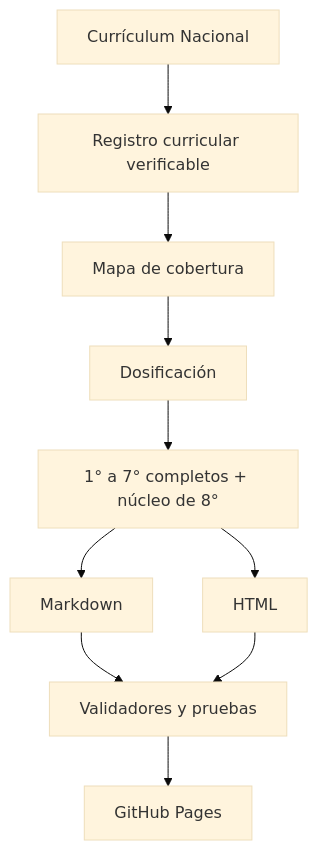
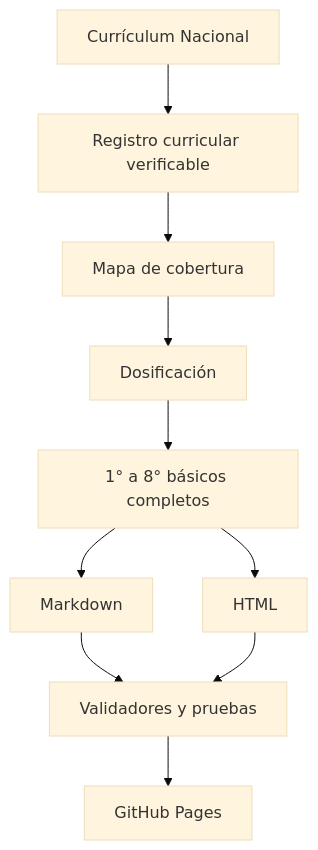
The second of 2 diagrams in README.md (vladimiracunadev-create/chilean-school-learning-path), drawn with Mermaid (base theme) before and after one commit. The commit also changed other lines of this file and 219 other files, not shown here.

````diff
--- a/README.md
+++ b/README.md
@@ -368,12 +368,12 @@
 ```mermaid
 flowchart TD
     A[Currículum Nacional] --> B[Registro curricular verificable]
     B --> C[Mapa de cobertura]
     C --> D[Dosificación]
-    D --> E[1° a 7° completos + núcleo de 8°]
+    D --> E[1° a 8° básicos completos]
     E --> F[Markdown]
     E --> G[HTML]
     F --> H[Validadores y pruebas]
     G --> H
     H --> I[GitHub Pages]
 ```
````
